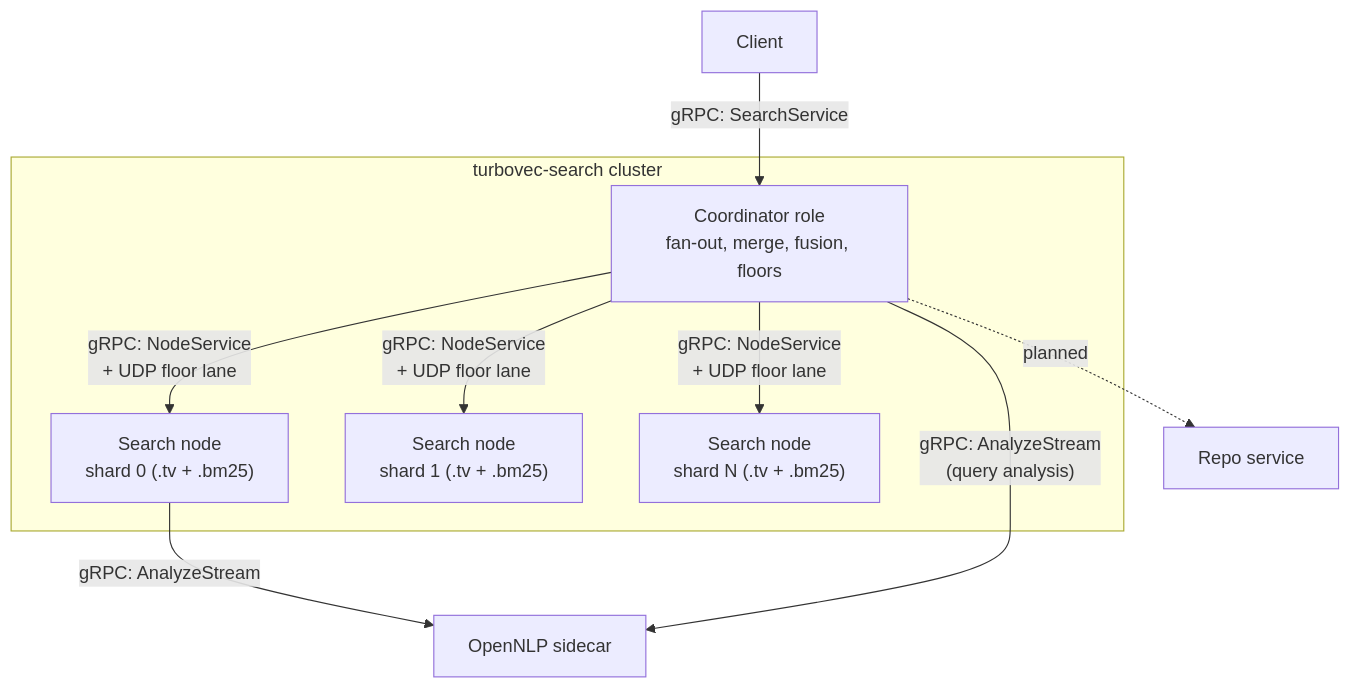
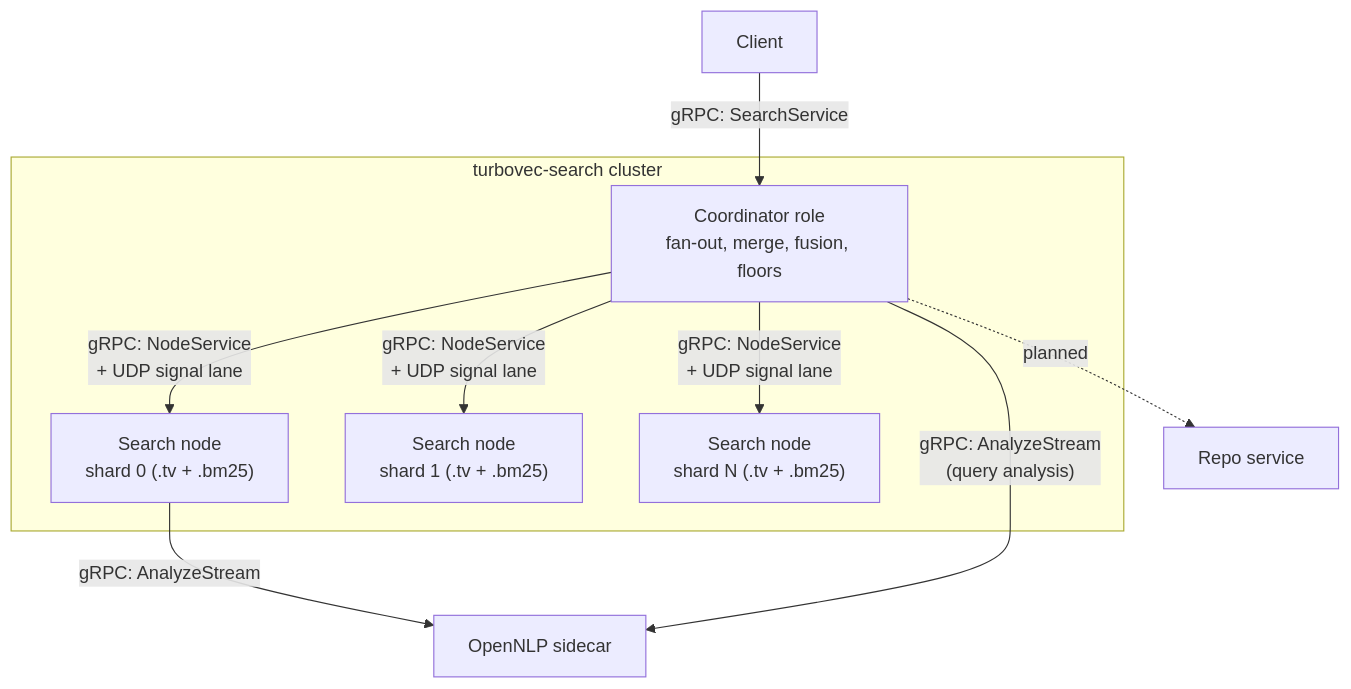
The second of 2 diagrams in docs/architecture.md (ai-pipestream/protomolt-search), drawn with Mermaid before and after one commit. The commit also changed other lines of this file and 9 other files, not shown here.

````diff
--- a/docs/architecture.md
+++ b/docs/architecture.md
@@ -50,16 +50,16 @@
 ```mermaid
 flowchart TB
     subgraph cluster["turbovec-search cluster"]
         coord["Coordinator role<br/>fan-out, merge, fusion, floors"]
         n1["Search node<br/>shard 0 (.tv + .bm25)"]
         n2["Search node<br/>shard 1 (.tv + .bm25)"]
         n3["Search node<br/>shard N (.tv + .bm25)"]
     end
     client["Client"] -->|"gRPC: SearchService"| coord
-    coord -->|"gRPC: NodeService<br/>+ UDP floor lane"| n1
-    coord -->|"gRPC: NodeService<br/>+ UDP floor lane"| n2
-    coord -->|"gRPC: NodeService<br/>+ UDP floor lane"| n3
+    coord -->|"gRPC: NodeService<br/>+ UDP signal lane"| n1
+    coord -->|"gRPC: NodeService<br/>+ UDP signal lane"| n2
+    coord -->|"gRPC: NodeService<br/>+ UDP signal lane"| n3
     n1 -->|"gRPC: AnalyzeStream"| nlp["OpenNLP sidecar"]
     coord -->|"gRPC: AnalyzeStream<br/>(query analysis)"| nlp
     coord -.->|"planned"| repo["Repo service"]
 ```
````
